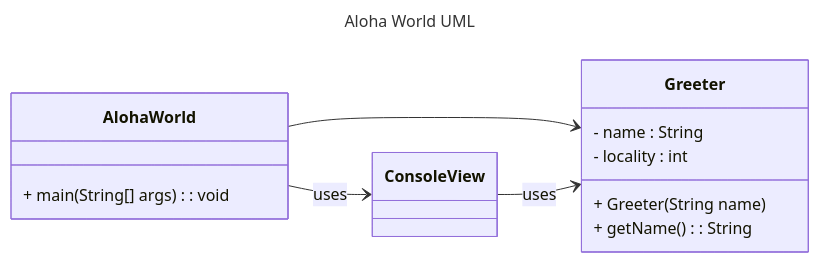
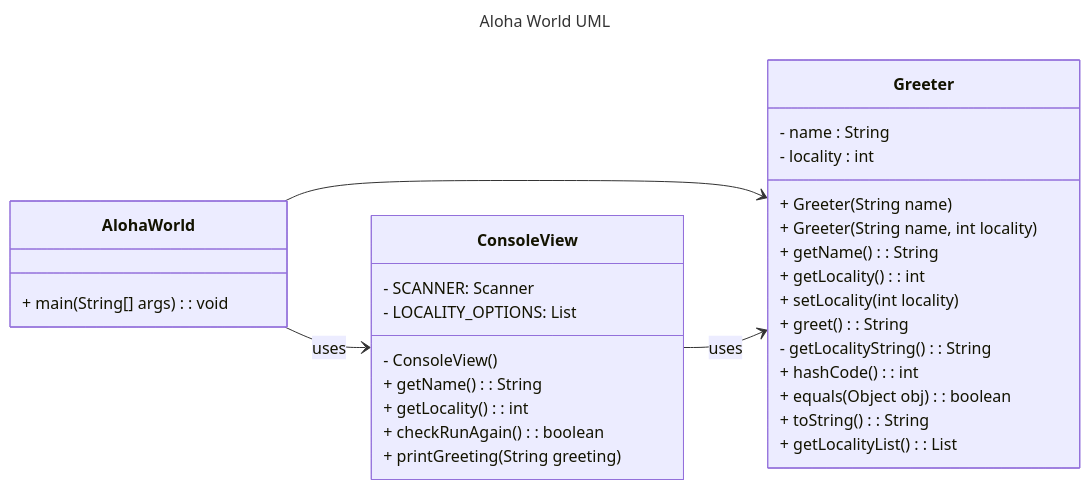
The diagram in Report.md (5004-SEA-Fa24-Geeng/hello-world-lucyyyychen), drawn with Mermaid before and after one commit. The commit also changed other lines of this file and 1 other file, not shown here.

````diff
--- a/Report.md
+++ b/Report.md
@@ -10,22 +12,40 @@
 ```mermaid
 ---
 title: Aloha World UML
 ---
 classDiagram
     direction LR
     AlohaWorld --> Greeter 
     AlohaWorld --> ConsoleView : uses
     ConsoleView --> Greeter : uses
     class AlohaWorld {
         + main(String[] args): void
     }
     class Greeter {
         - name : String
         - locality : int
+        
         + Greeter(String name)
+        + Greeter(String name, int locality)
         + getName(): String
+        + getLocality(): int
+        + setLocality(int locality)
+        + greet(): String
+        - getLocalityString(): String
+        + hashCode(): int
+        + equals(Object obj): boolean
+        + toString(): String
+        + getLocalityList(): List<String>
+
     }
     class ConsoleView {
-        
+        - SCANNER: Scanner
+        - LOCALITY_OPTIONS: List<String>
+        - ConsoleView()
+        + getName(): String
+        + getLocality(): int
+        + checkRunAgain(): boolean
+        + printGreeting(String greeting)
+
     }
 ```
````
